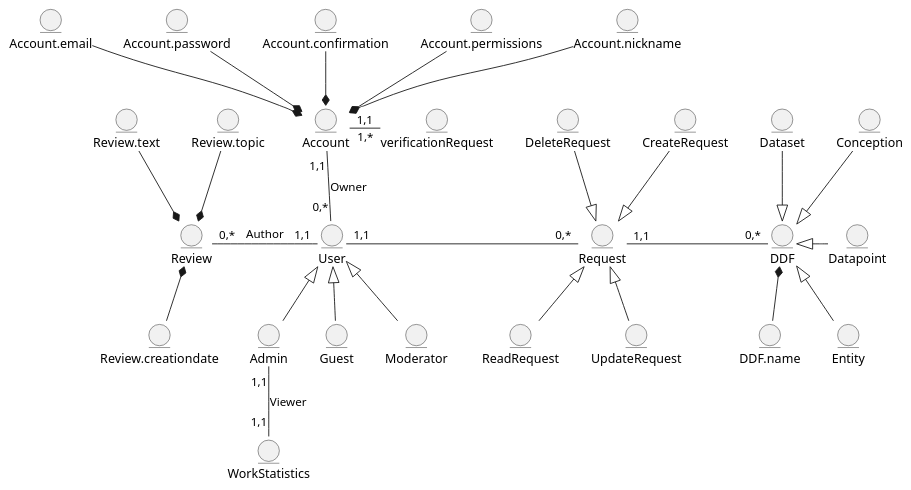
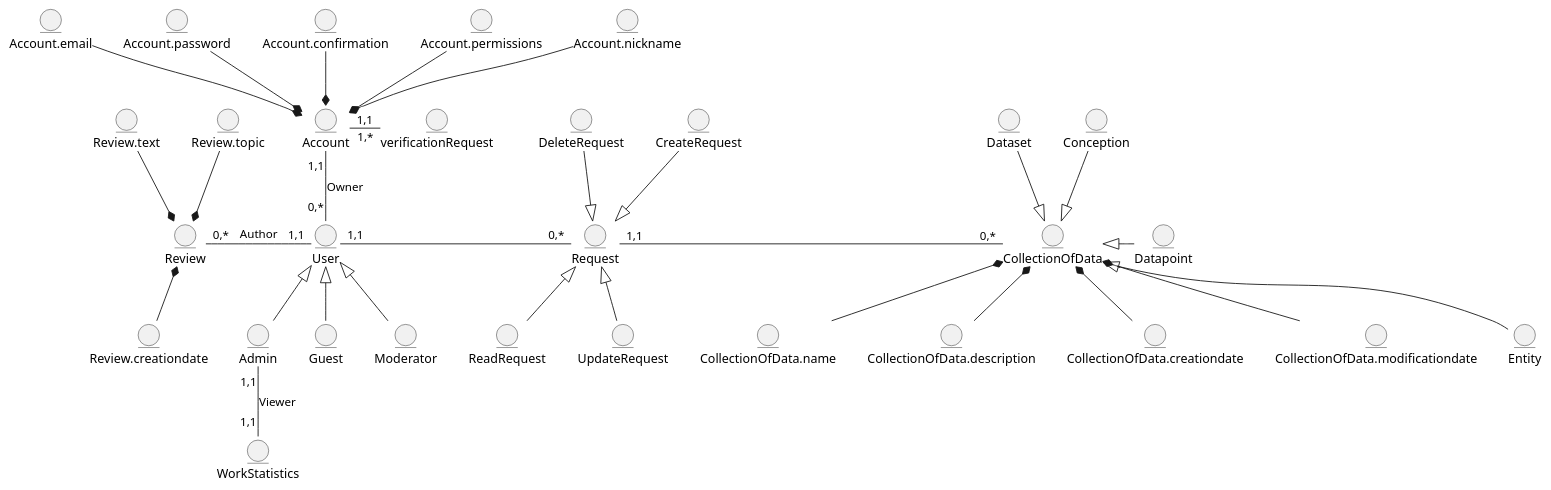
One commit to e-andrew/Industrial_Eden changed the diagram in src/uml/BE-model.puml. Above: the diagram before and after it, drawn with PlantUML.

```diff
--- a/src/uml/BE-model.puml
+++ b/src/uml/BE-model.puml
@@ -1,63 +1,69 @@
 @startuml
 
 entity Account
 entity Account.email
 entity Account.password
 entity Account.confirmation
 entity Account.permissions
 entity Account.nickname
 entity verificationRequest
  Account.email --* Account
  Account.password --* Account
  Account.confirmation --* Account
  Account.permissions --* Account
  Account.nickname --* Account
  verificationRequest "1,*" -l- "1,1" Account
 
 entity Review
 entity Review.creationdate
 entity Review.text
 entity Review.topic
  Review.creationdate -u-* Review
  Review.text --* Review
  Review.topic -d-* Review
 
 entity User
 entity Guest
 entity Moderator
 entity Admin
 entity WorkStatistics
  Guest -u-|> User
  Moderator -u-|> User
  Admin -u-|> User
  WorkStatistics "1,1" -u- "1,1" Admin : Viewer
 
-entity DDF
-entity DDF.name
+entity CollectionOfData
+entity CollectionOfData.name
+entity CollectionOfData.description
+entity CollectionOfData.creationdate
+entity CollectionOfData.modificationdate
 entity Dataset
 entity Datapoint
 entity Entity
 entity Conception
  
- Dataset  --|> DDF
- Datapoint  -l-|> DDF
- Entity  -u-|> DDF
- Conception  -d-|> DDF
- DDF.name -u-* DDF
+ Dataset  --|> CollectionOfData
+ Datapoint  -l-|> CollectionOfData
+ Entity  -u-|> CollectionOfData
+ Conception  -d-|> CollectionOfData
+ CollectionOfData.name -u-* CollectionOfData
+ CollectionOfData.description -u-* CollectionOfData
+ CollectionOfData.creationdate -u-* CollectionOfData
+ CollectionOfData.modificationdate -u-* CollectionOfData
 
 entity Request
 entity DeleteRequest
 entity CreateRequest
 entity ReadRequest
 entity UpdateRequest
  DeleteRequest --|> Request
  CreateRequest --|> Request
  ReadRequest -u-|> Request
  UpdateRequest -u-|> Request
 
  User "0,*" -u- "1,1" Account : Owner
  User "1,1" -r- "0,*" Request
- Request "1,1" -r- "0,*" DDF
+ Request "1,1" -r- "0,*" CollectionOfData
  User "1,1" -l- "0,*" Review : Author
 
 @enduml
```
